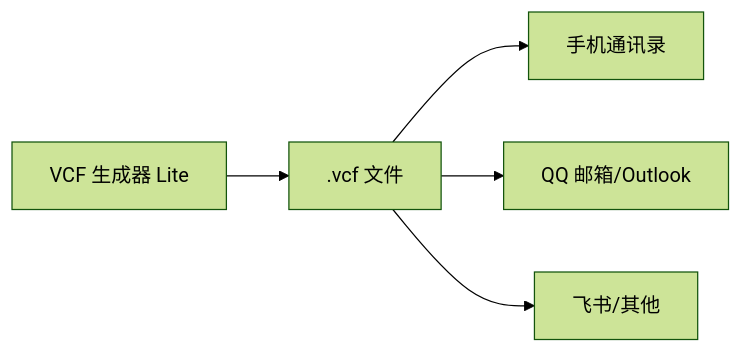
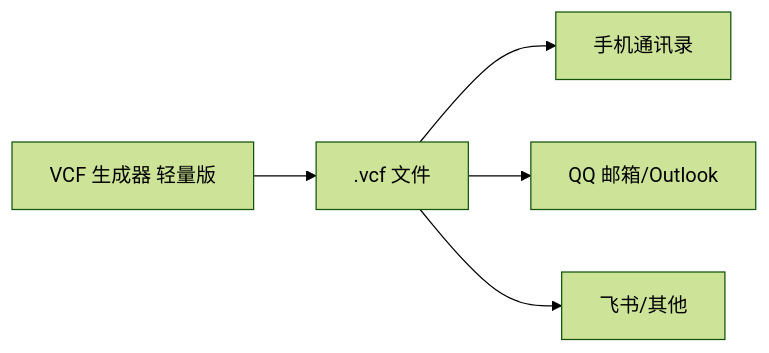
Before and after one commit to hellotool/VCFGeneratorLiteWithTkinter: the diagram in docs/guides/vcard-usage.md, drawn with Mermaid (forest theme). The commit also changed 22 other files, not shown here.

````diff
--- a/docs/guides/vcard-usage.md
+++ b/docs/guides/vcard-usage.md
@@ -5,7 +5,7 @@
 ```mermaid
 graph LR
-    D[VCF 生成器 Lite] --> E[.vcf 文件]
+    D[VCF 生成器 轻量版] --> E[.vcf 文件]
     E --> F[手机通讯录]
     E --> G[QQ 邮箱/Outlook]
     E --> H[飞书/其他]
 ```
````
